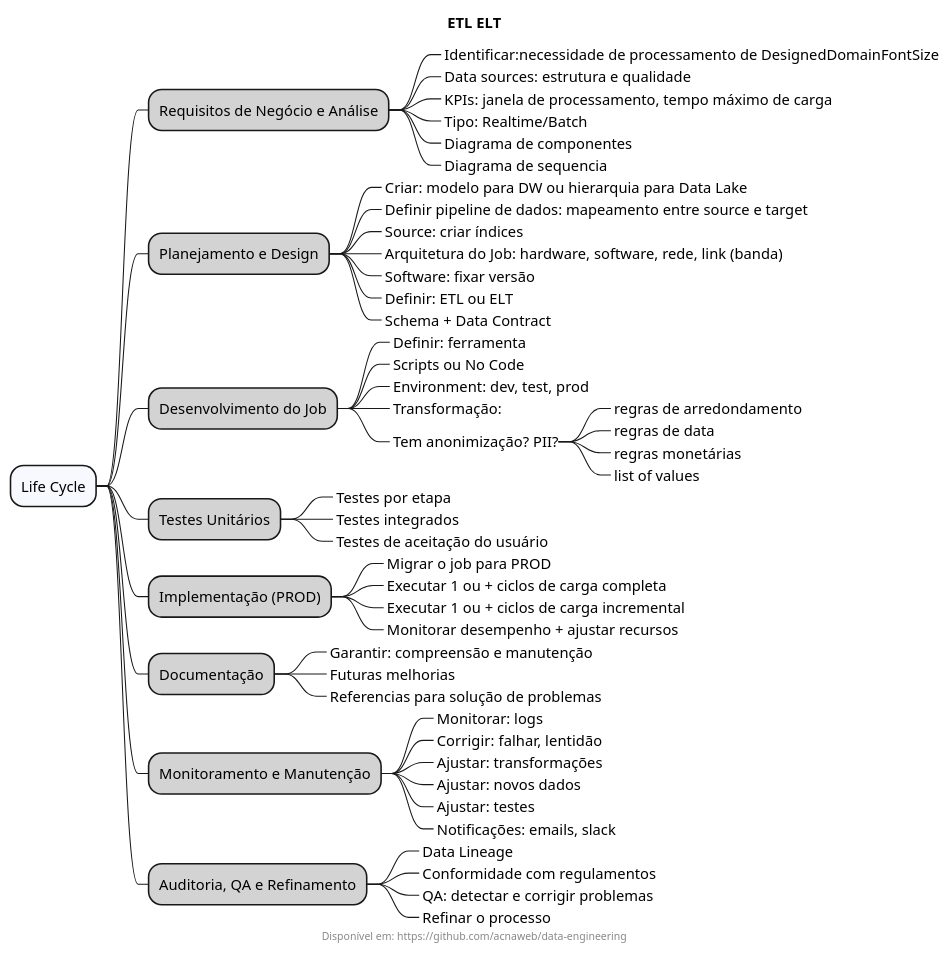
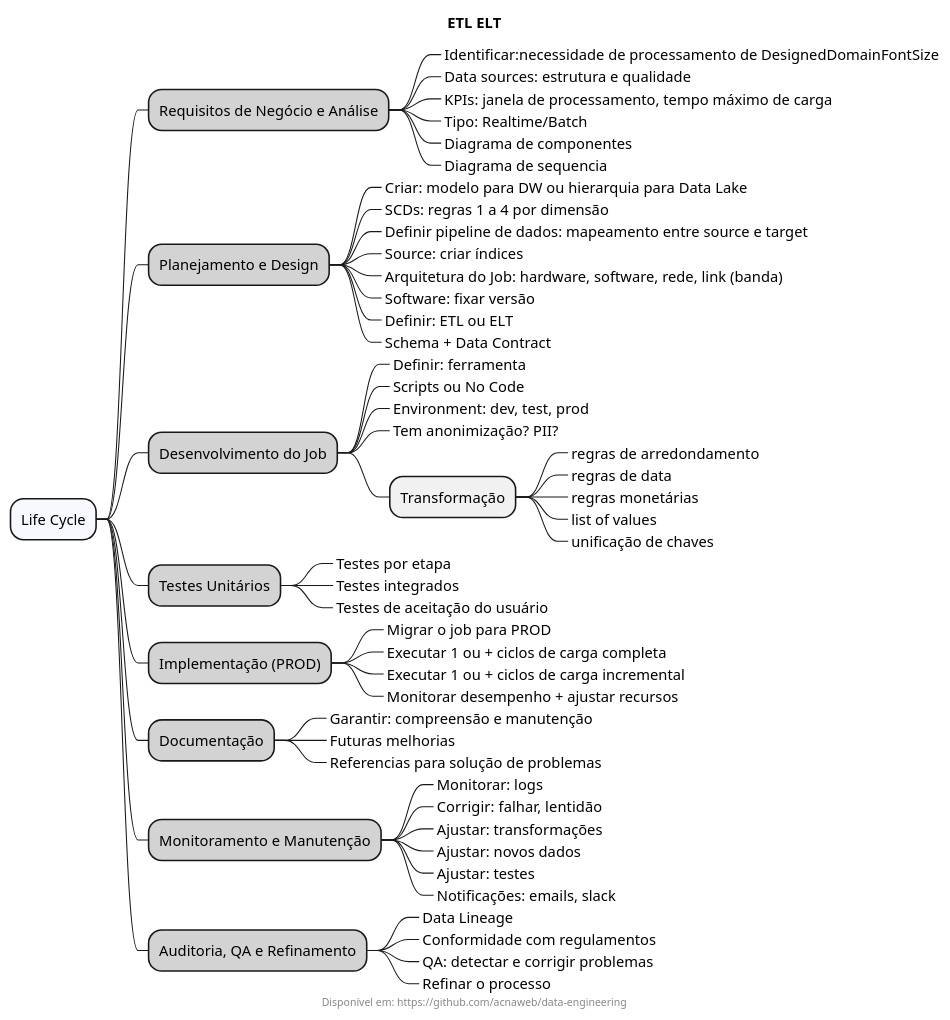
The diagram in diagrams/etl-elt.puml (acnaweb/data-engineering), drawn with PlantUML before and after one commit. The commit also changed 3 other files, not shown here.

```diff
--- a/diagrams/etl-elt.puml
+++ b/diagrams/etl-elt.puml
@@ -1,66 +1,68 @@
 @startmindmap
 
 title "ETL ELT"
 footer Disponível em: https://github.com/acnaweb/data-engineering
 
 *[#F8F8FF]  Life Cycle
 
 **[#LightGray] Requisitos de Negócio e Análise
 ***_ Identificar:necessidade de processamento de DesignedDomainFontSize
 ***_ Data sources: estrutura e qualidade
 ***_ KPIs: janela de processamento, tempo máximo de carga
 ***_ Tipo: Realtime/Batch
 ***_ Diagrama de componentes
 ***_ Diagrama de sequencia
 
 **[#LightGray] Planejamento e Design
 ***_ Criar: modelo para DW ou hierarquia para Data Lake
+***_ SCDs: regras 1 a 4 por dimensão
 ***_ Definir pipeline de dados: mapeamento entre source e target
 ***_ Source: criar índices
 ***_ Arquitetura do Job: hardware, software, rede, link (banda)
 ***_ Software: fixar versão
 ***_ Definir: ETL ou ELT
 ***_ Schema + Data Contract
 
 **[#LightGray] Desenvolvimento do Job
 ***_ Definir: ferramenta
 ***_ Scripts ou No Code
 ***_ Environment: dev, test, prod
-***_ Transformação:
 ***_ Tem anonimização? PII?
+*** Transformação
 ****_ regras de arredondamento
 ****_ regras de data
 ****_ regras monetárias
 ****_ list of values
+****_ unificação de chaves
 
 **[#LightGray] Testes Unitários
 ***_ Testes por etapa
 ***_ Testes integrados
 ***_ Testes de aceitação do usuário
 
 **[#LightGray] Implementação (PROD)
 ***_ Migrar o job para PROD
 ***_ Executar 1 ou + ciclos de carga completa
 ***_ Executar 1 ou + ciclos de carga incremental
 ***_ Monitorar desempenho + ajustar recursos
 
 **[#LightGray] Documentação
 ***_ Garantir: compreensão e manutenção
 ***_ Futuras melhorias
 ***_ Referencias para solução de problemas
 
 **[#LightGray] Monitoramento e Manutenção
 ***_ Monitorar: logs
 ***_ Corrigir: falhar, lentidão
 ***_ Ajustar: transformações
 ***_ Ajustar: novos dados
 ***_ Ajustar: testes
 ***_ Notificações: emails, slack
 
 **[#LightGray] Auditoria, QA e Refinamento
 ***_ Data Lineage
 ***_ Conformidade com regulamentos 
 ***_ QA: detectar e corrigir problemas
 ***_ Refinar o processo
 
 @endmindmap
```
